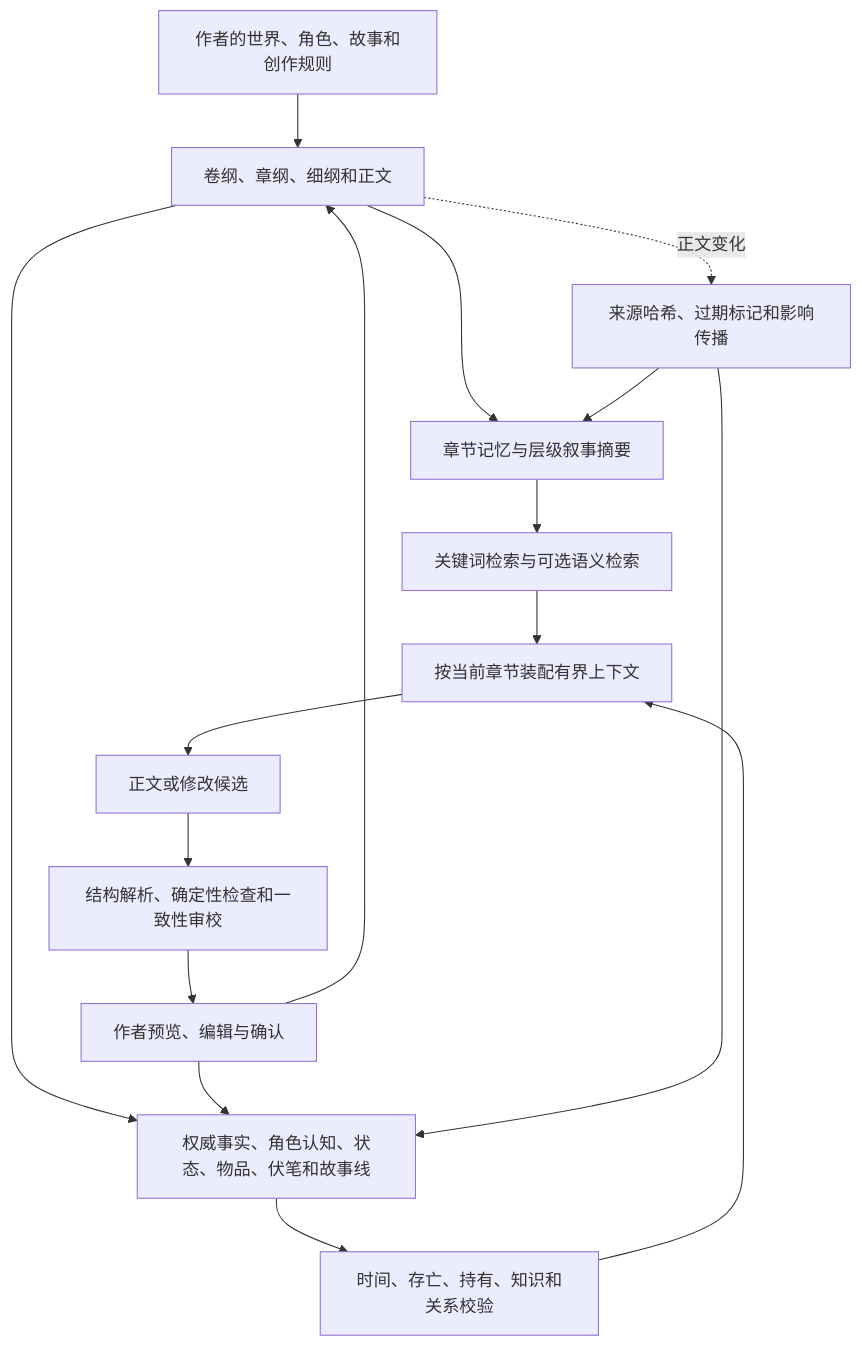
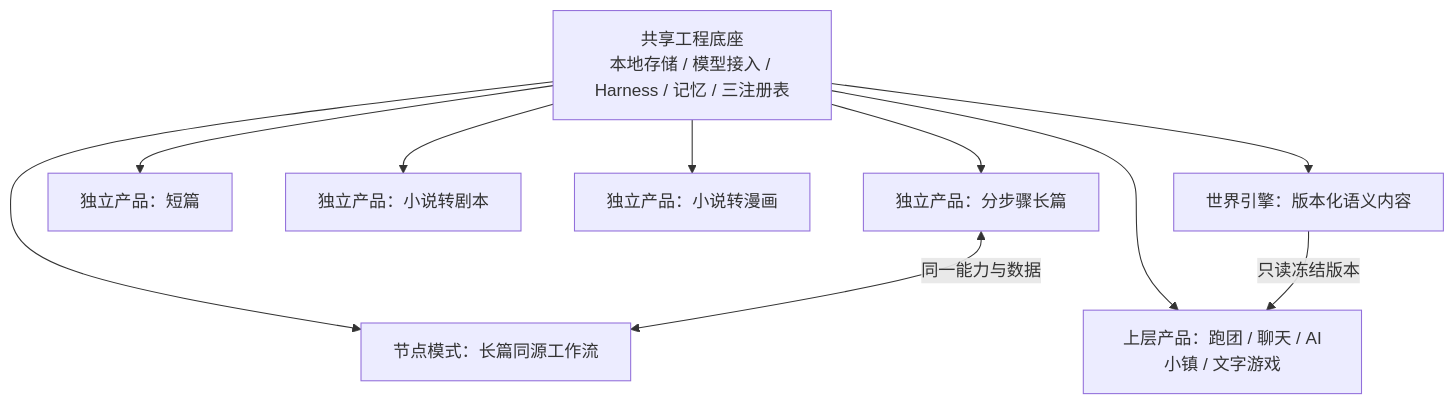
The diagram in README.md (EstusFlask/storyforge), drawn with Mermaid before and after one commit. The commit also changed other lines of this file and 400 other files, not shown here.

````diff
--- a/README.md
+++ b/README.md
@@ -287,18 +34,20 @@
 ```mermaid
 flowchart TB
-  A["作者的世界、角色、故事和创作规则"] --> B["卷纲、章纲、细纲和正文"]
-  B --> C["章节记忆与层级叙事摘要"]
-  B --> D["权威事实、角色认知、状态、物品、伏笔和故事线"]
-  C --> E["关键词检索与可选语义检索"]
-  D --> F["时间、存亡、持有、知识和关系校验"]
-  E --> G["按当前章节装配有界上下文"]
-  F --> G
-  G --> H["正文或修改候选"]
-  H --> I["结构解析、确定性检查和一致性审校"]
-  I --> J["作者预览、编辑与确认"]
-  J --> B
-  J --> D
-  B -. "正文变化" .-> K["来源哈希、过期标记和影响传播"]
-  K --> C
-  K --> D
+  B["共享工程底座\n本地存储 / 模型接入 / Harness / 记忆 / 三注册表"]
+  L["独立产品：分步骤长篇"]
+  N["节点模式：长篇同源工作流"]
+  S["独立产品：短篇"]
+  P["独立产品：小说转剧本"]
+  C["独立产品：小说转漫画"]
+  W["世界引擎：版本化语义内容"]
+  U["上层产品：跑团 / 聊天 / AI小镇 / 文字游戏"]
+  B --> L
+  B --> N
+  B --> S
+  B --> P
+  B --> C
+  B --> W
+  B --> U
+  L <-->|"同一能力与数据"| N
+  W -->|"只读冻结版本"| U
 ```
````
